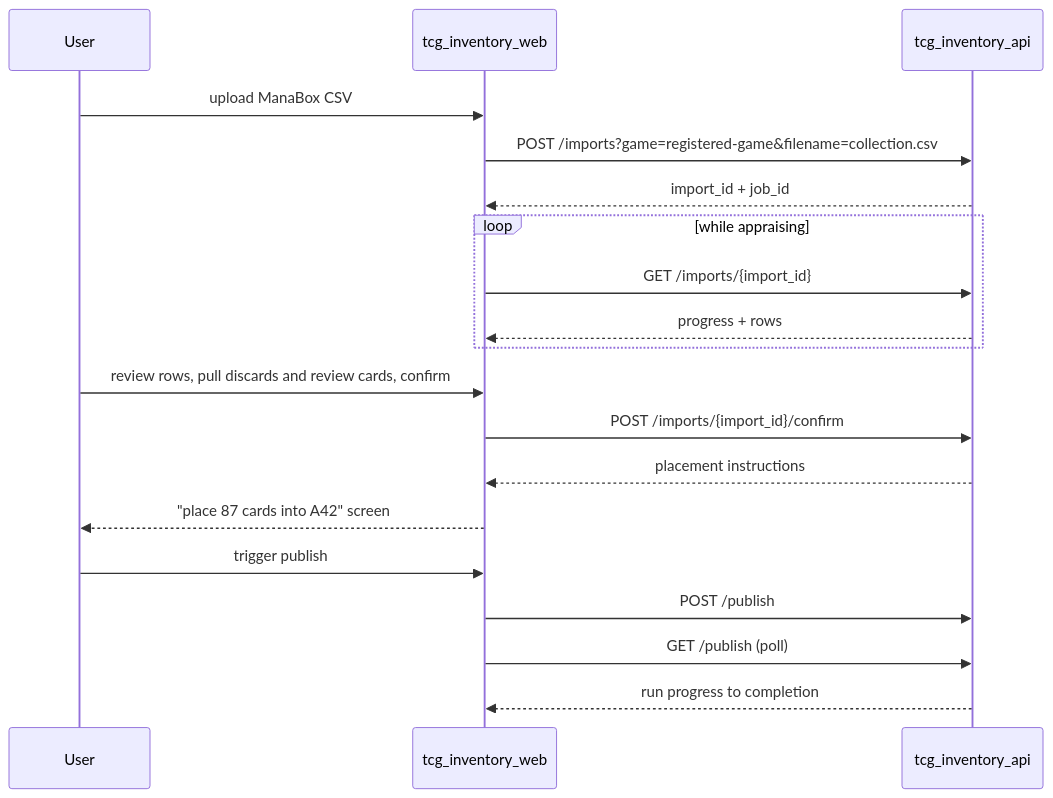
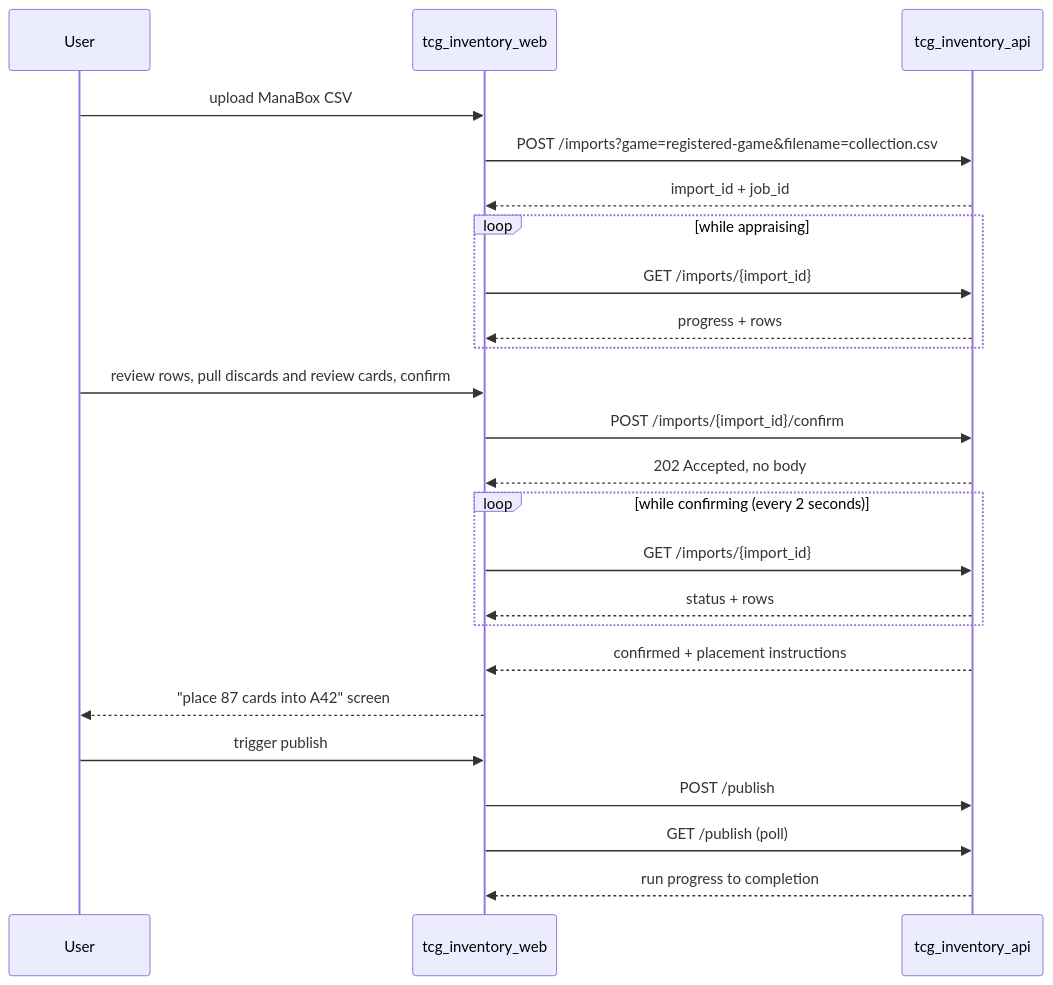
Before and after one commit to jordansimsmith/jordansimsmith-com: the second of 3 diagrams in tcg_inventory_web/README.md, drawn with Mermaid. The commit also changed other lines of this file and 20 other files, not shown here.

````diff
--- a/tcg_inventory_web/README.md
+++ b/tcg_inventory_web/README.md
@@ -74,22 +74,27 @@
 ```mermaid
 sequenceDiagram
   participant user as User
   participant web as tcg_inventory_web
   participant api as tcg_inventory_api
 
   user->>web: upload ManaBox CSV
   web->>api: POST /imports?game=registered-game&filename=collection.csv
   api-->>web: import_id + job_id
   loop while appraising
     web->>api: GET /imports/{import_id}
     api-->>web: progress + rows
   end
   user->>web: review rows, pull discards and review cards, confirm
   web->>api: POST /imports/{import_id}/confirm
-  api-->>web: placement instructions
+  api-->>web: 202 Accepted, no body
+  loop while confirming (every 2 seconds)
+    web->>api: GET /imports/{import_id}
+    api-->>web: status + rows
+  end
+  api-->>web: confirmed + placement instructions
   web-->>user: "place 87 cards into A42" screen
   user->>web: trigger publish
   web->>api: POST /publish
   web->>api: GET /publish (poll)
   api-->>web: run progress to completion
 ```
````
